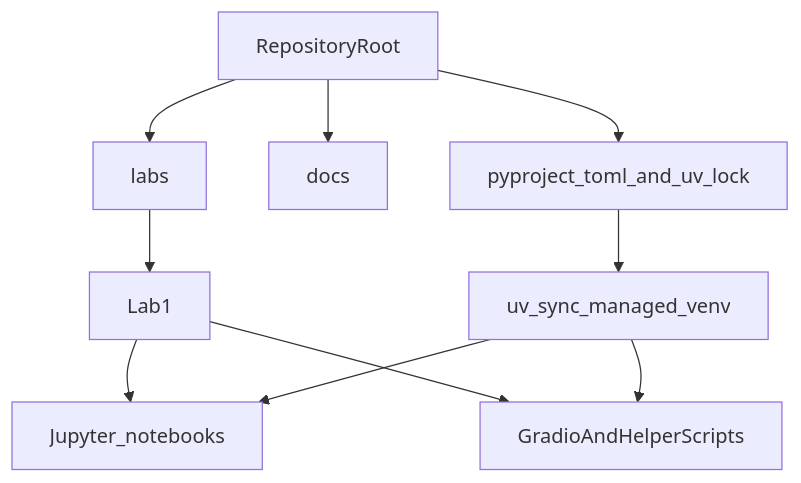
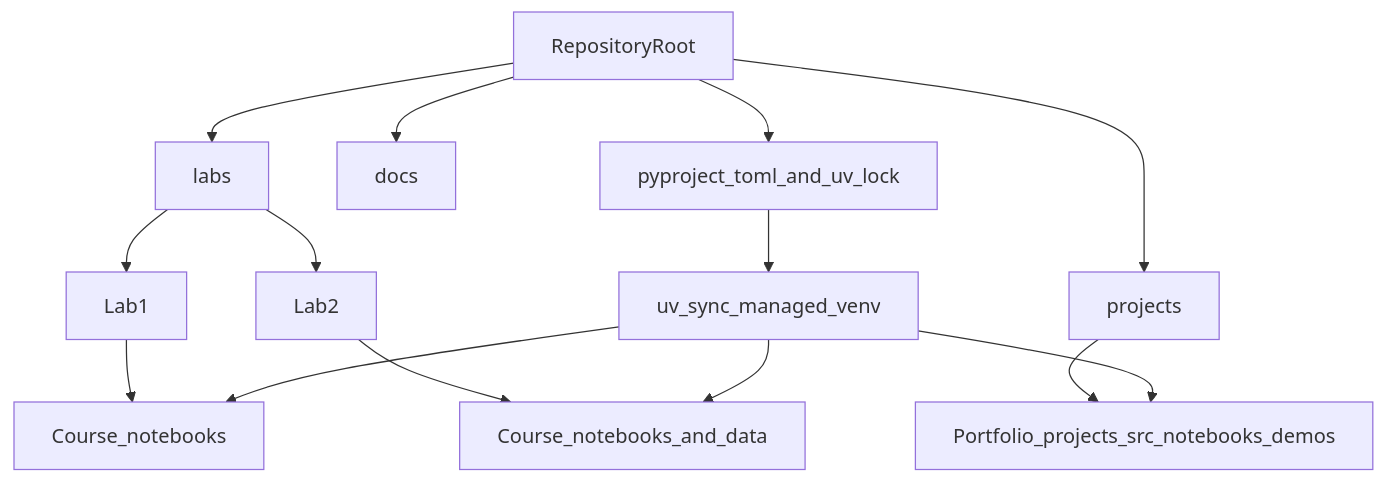
Before and after one commit to Quantumquirkz/Data-Science---Engineer---Analytics: the second of 2 diagrams in README.md, drawn with Mermaid. The commit also changed other lines of this file and 100 other files, not shown here.

First line of the commit message:
refactor: separar labs de curso y projects de portfolio

````diff
--- a/README.md
+++ b/README.md
@@ -27,13 +27,17 @@
 ```mermaid
 flowchart TB
   root[RepositoryRoot]
   root --> labsDir[labs]
+  root --> projectsDir[projects]
   root --> docsDir[docs]
   root --> cfg[pyproject_toml_and_uv_lock]
   labsDir --> lab1Dir[Lab1]
-  lab1Dir --> notebooks[Jupyter_notebooks]
-  lab1Dir --> ui[GradioAndHelperScripts]
+  labsDir --> lab2Dir[Lab2]
+  lab1Dir --> courseNB1[Course_notebooks]
+  lab2Dir --> courseNB2[Course_notebooks_and_data]
+  projectsDir --> portfolio[Portfolio_projects_src_notebooks_demos]
   cfg --> env[uv_sync_managed_venv]
-  env --> notebooks
-  env --> ui
+  env --> courseNB1
+  env --> courseNB2
+  env --> portfolio
 ```
````
